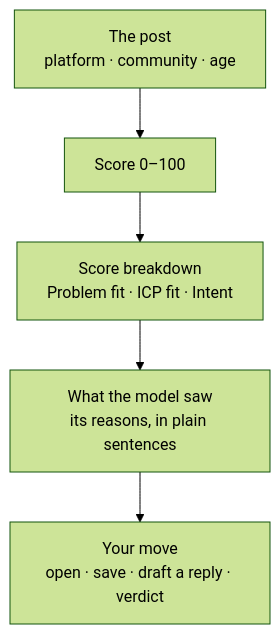
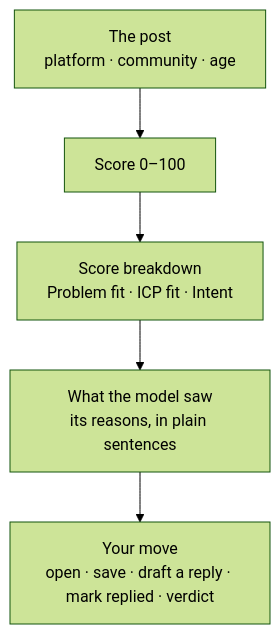
Before and after one commit to rszhd/signalscout: the diagram in site/using/inbox.md, drawn with Mermaid (forest theme). The commit also changed other lines of this file and 29 other files, not shown here.

First line of the commit message:
Let a person mark a match as replied, and hide the ones they answered

````diff
--- a/site/using/inbox.md
+++ b/site/using/inbox.md
@@ -15,7 +15,7 @@
 ```mermaid
 flowchart TD
   post["The post<br/>platform · community · age"] --> score["Score 0–100"]
   score --> breakdown["Score breakdown<br/>Problem fit · ICP fit · Intent"]
   breakdown --> saw["What the model saw<br/>its reasons, in plain sentences"]
-  saw --> act["Your move<br/>open · save · draft a reply · verdict"]
+  saw --> act["Your move<br/>open · save · draft a reply · mark replied · verdict"]
 ```
````
